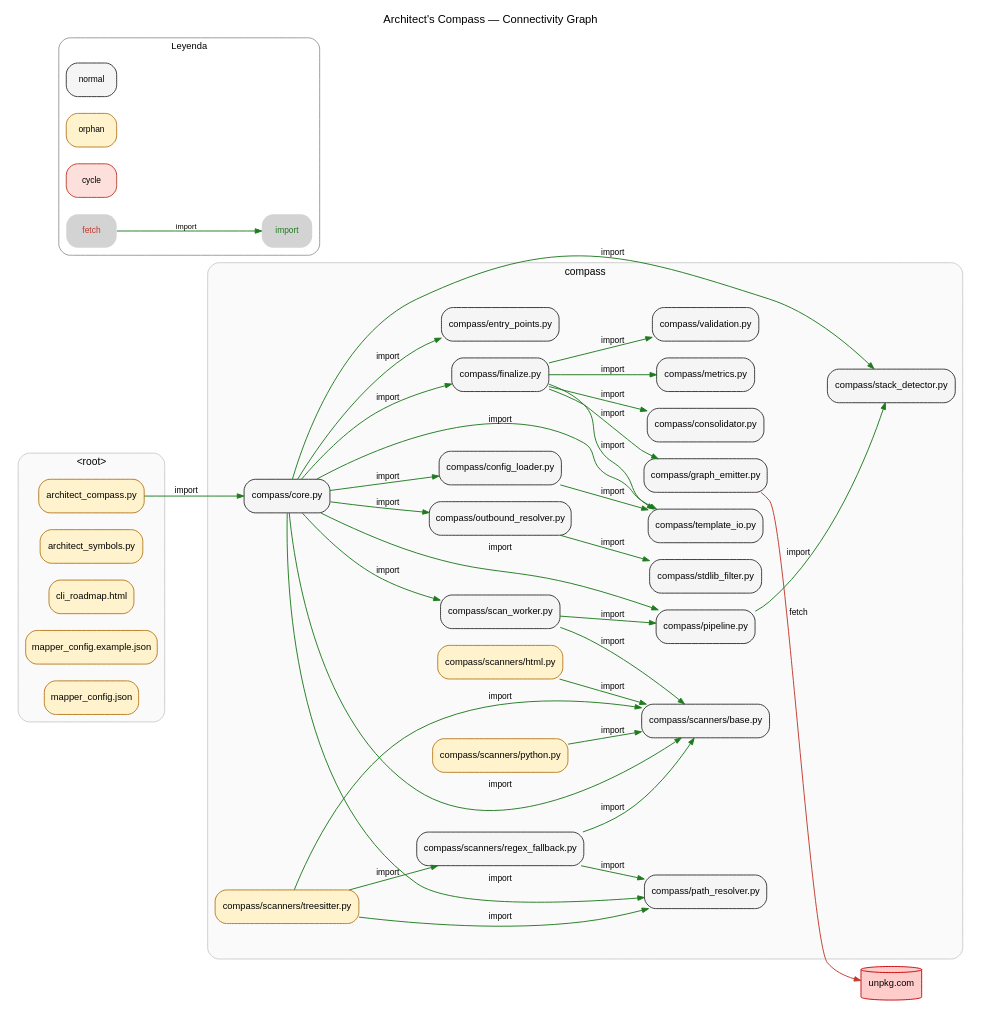
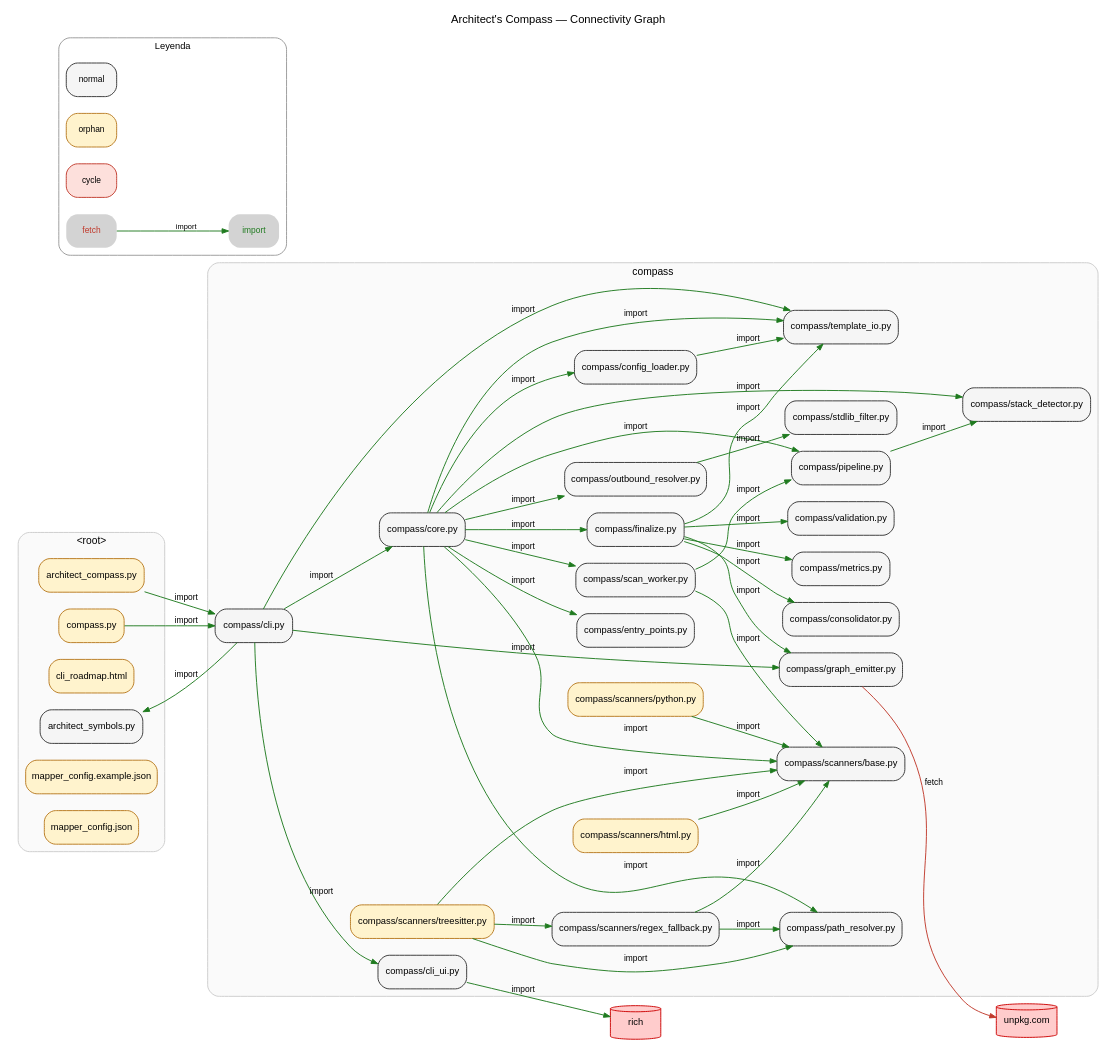
Before and after one commit to betovildoza/Architect_compass: the diagram in .map/connectivity.dot, drawn with Graphviz. The commit also changed 13 other files, not shown here.

Commit message:
sesion 12 - CLI-015 + _HelpfulParser - argparse + rich con 4 subcomandos (scan/symbols/init/graph) + flags globales + flags de scan (--full/--no-*) + wrappers legacy intactos + atlas byte-identico + compass.bat simplificado + subclase ArgumentParser que muestra --help ante uso invalido

```diff
--- a/.map/connectivity.dot
+++ b/.map/connectivity.dot
@@ -1,85 +1,96 @@
 digraph G {
     rankdir=LR;
     concentrate=false; compound=true;
     graph [fontname="Arial", fontsize=12, labelloc="t", label="Architect's Compass — Connectivity Graph"];
     node [style="rounded,filled", fontname="Arial", fontsize=10];
     edge [arrowsize=0.7];
     subgraph "cluster_<root>" {
         label="<root>";
         style="rounded,filled";
         fillcolor="#fafafa"; color="#cccccc";
         fontname="Arial"; fontsize=11;
         "architect_compass.py" [shape=box, fillcolor="#fff3cd", color="#b7791f"];
-        "architect_symbols.py" [shape=box, fillcolor="#fff3cd", color="#b7791f"];
+        "architect_symbols.py" [shape=box, fillcolor="#f5f5f5", color="#333333"];
         "cli_roadmap.html" [shape=box, fillcolor="#fff3cd", color="#b7791f"];
+        "compass.py" [shape=box, fillcolor="#fff3cd", color="#b7791f"];
         "mapper_config.example.json" [shape=box, fillcolor="#fff3cd", color="#b7791f"];
         "mapper_config.json" [shape=box, fillcolor="#fff3cd", color="#b7791f"];
     }
     subgraph "cluster_compass" {
         label="compass";
         style="rounded,filled";
         fillcolor="#fafafa"; color="#cccccc";
         fontname="Arial"; fontsize=11;
+        "compass/cli.py" [shape=box, fillcolor="#f5f5f5", color="#333333"];
+        "compass/cli_ui.py" [shape=box, fillcolor="#f5f5f5", color="#333333"];
         "compass/config_loader.py" [shape=box, fillcolor="#f5f5f5", color="#333333"];
         "compass/consolidator.py" [shape=box, fillcolor="#f5f5f5", color="#333333"];
         "compass/core.py" [shape=box, fillcolor="#f5f5f5", color="#333333"];
         "compass/entry_points.py" [shape=box, fillcolor="#f5f5f5", color="#333333"];
         "compass/finalize.py" [shape=box, fillcolor="#f5f5f5", color="#333333"];
         "compass/graph_emitter.py" [shape=box, fillcolor="#f5f5f5", color="#333333"];
         "compass/metrics.py" [shape=box, fillcolor="#f5f5f5", color="#333333"];
         "compass/outbound_resolver.py" [shape=box, fillcolor="#f5f5f5", color="#333333"];
         "compass/path_resolver.py" [shape=box, fillcolor="#f5f5f5", color="#333333"];
         "compass/pipeline.py" [shape=box, fillcolor="#f5f5f5", color="#333333"];
         "compass/scan_worker.py" [shape=box, fillcolor="#f5f5f5", color="#333333"];
         "compass/scanners/base.py" [shape=box, fillcolor="#f5f5f5", color="#333333"];
         "compass/scanners/html.py" [shape=box, fillcolor="#fff3cd", color="#b7791f"];
         "compass/scanners/python.py" [shape=box, fillcolor="#fff3cd", color="#b7791f"];
         "compass/scanners/regex_fallback.py" [shape=box, fillcolor="#f5f5f5", color="#333333"];
         "compass/scanners/treesitter.py" [shape=box, fillcolor="#fff3cd", color="#b7791f"];
         "compass/stack_detector.py" [shape=box, fillcolor="#f5f5f5", color="#333333"];
         "compass/stdlib_filter.py" [shape=box, fillcolor="#f5f5f5", color="#333333"];
         "compass/template_io.py" [shape=box, fillcolor="#f5f5f5", color="#333333"];
         "compass/validation.py" [shape=box, fillcolor="#f5f5f5", color="#333333"];
     }
+    "[EXTERNAL:rich]" [label="rich", shape=cylinder, style=filled, fillcolor="#ffcccc", color="#cc0000", fontname="Arial"];
     "[EXTERNAL:unpkg.com]" [label="unpkg.com", shape=cylinder, style=filled, fillcolor="#ffcccc", color="#cc0000", fontname="Arial"];
-    "architect_compass.py" -> "compass/core.py" [label="import", color="#1f7a1f", fontname="Arial", fontsize=9];
+    "architect_compass.py" -> "compass/cli.py" [label="import", color="#1f7a1f", fontname="Arial", fontsize=9];
+    "compass.py" -> "compass/cli.py" [label="import", color="#1f7a1f", fontname="Arial", fontsize=9];
+    "compass/cli.py" -> "architect_symbols.py" [label="import", color="#1f7a1f", fontname="Arial", fontsize=9];
+    "compass/cli.py" -> "compass/cli_ui.py" [label="import", color="#1f7a1f", fontname="Arial", fontsize=9];
+    "compass/cli.py" -> "compass/core.py" [label="import", color="#1f7a1f", fontname="Arial", fontsize=9];
+    "compass/cli.py" -> "compass/graph_emitter.py" [label="import", color="#1f7a1f", fontname="Arial", fontsize=9];
+    "compass/cli.py" -> "compass/template_io.py" [label="import", color="#1f7a1f", fontname="Arial", fontsize=9];
+    "compass/cli_ui.py" -> "[EXTERNAL:rich]" [label="import", color="#1f7a1f", fontname="Arial", fontsize=9];
     "compass/config_loader.py" -> "compass/template_io.py" [label="import", color="#1f7a1f", fontname="Arial", fontsize=9];
     "compass/core.py" -> "compass/config_loader.py" [label="import", color="#1f7a1f", fontname="Arial", fontsize=9];
     "compass/core.py" -> "compass/entry_points.py" [label="import", color="#1f7a1f", fontname="Arial", fontsize=9];
     "compass/core.py" -> "compass/finalize.py" [label="import", color="#1f7a1f", fontname="Arial", fontsize=9];
     "compass/core.py" -> "compass/outbound_resolver.py" [label="import", color="#1f7a1f", fontname="Arial", fontsize=9];
     "compass/core.py" -> "compass/path_resolver.py" [label="import", color="#1f7a1f", fontname="Arial", fontsize=9];
     "compass/core.py" -> "compass/pipeline.py" [label="import", color="#1f7a1f", fontname="Arial", fontsize=9];
     "compass/core.py" -> "compass/scan_worker.py" [label="import", color="#1f7a1f", fontname="Arial", fontsize=9];
     "compass/core.py" -> "compass/scanners/base.py" [label="import", color="#1f7a1f", fontname="Arial", fontsize=9];
     "compass/core.py" -> "compass/stack_detector.py" [label="import", color="#1f7a1f", fontname="Arial", fontsize=9];
     "compass/core.py" -> "compass/template_io.py" [label="import", color="#1f7a1f", fontname="Arial", fontsize=9];
     "compass/finalize.py" -> "compass/consolidator.py" [label="import", color="#1f7a1f", fontname="Arial", fontsize=9];
     "compass/finalize.py" -> "compass/graph_emitter.py" [label="import", color="#1f7a1f", fontname="Arial", fontsize=9];
     "compass/finalize.py" -> "compass/metrics.py" [label="import", color="#1f7a1f", fontname="Arial", fontsize=9];
     "compass/finalize.py" -> "compass/template_io.py" [label="import", color="#1f7a1f", fontname="Arial", fontsize=9];
     "compass/finalize.py" -> "compass/validation.py" [label="import", color="#1f7a1f", fontname="Arial", fontsize=9];
     "compass/graph_emitter.py" -> "[EXTERNAL:unpkg.com]" [label="fetch", color="#c0392b", fontname="Arial", fontsize=9];
     "compass/outbound_resolver.py" -> "compass/stdlib_filter.py" [label="import", color="#1f7a1f", fontname="Arial", fontsize=9];
     "compass/pipeline.py" -> "compass/stack_detector.py" [label="import", color="#1f7a1f", fontname="Arial", fontsize=9];
     "compass/scan_worker.py" -> "compass/pipeline.py" [label="import", color="#1f7a1f", fontname="Arial", fontsize=9];
     "compass/scan_worker.py" -> "compass/scanners/base.py" [label="import", color="#1f7a1f", fontname="Arial", fontsize=9];
     "compass/scanners/html.py" -> "compass/scanners/base.py" [label="import", color="#1f7a1f", fontname="Arial", fontsize=9];
     "compass/scanners/python.py" -> "compass/scanners/base.py" [label="import", color="#1f7a1f", fontname="Arial", fontsize=9];
     "compass/scanners/regex_fallback.py" -> "compass/path_resolver.py" [label="import", color="#1f7a1f", fontname="Arial", fontsize=9];
     "compass/scanners/regex_fallback.py" -> "compass/scanners/base.py" [label="import", color="#1f7a1f", fontname="Arial", fontsize=9];
     "compass/scanners/treesitter.py" -> "compass/path_resolver.py" [label="import", color="#1f7a1f", fontname="Arial", fontsize=9];
     "compass/scanners/treesitter.py" -> "compass/scanners/base.py" [label="import", color="#1f7a1f", fontname="Arial", fontsize=9];
     "compass/scanners/treesitter.py" -> "compass/scanners/regex_fallback.py" [label="import", color="#1f7a1f", fontname="Arial", fontsize=9];
     subgraph "cluster_legend" {
         label="Leyenda"; style="rounded,filled";
         fillcolor="#ffffff"; color="#999999";
         fontname="Arial"; fontsize=10; rank=sink;
         "_legend_node_normal" [label="normal", fillcolor="#f5f5f5", color="#333333", shape=box, style="rounded,filled", fontname="Arial", fontsize=9];
         "_legend_node_orphan" [label="orphan", fillcolor="#fff3cd", color="#b7791f", shape=box, style="rounded,filled", fontname="Arial", fontsize=9];
         "_legend_node_cycle" [label="cycle", fillcolor="#fde0dc", color="#c0392b", shape=box, style="rounded,filled", fontname="Arial", fontsize=9];
         "_legend_edge_fetch" [label="fetch", shape=plaintext, fontname="Arial", fontsize=9, fontcolor="#c0392b"];
         "_legend_edge_import" [label="import", shape=plaintext, fontname="Arial", fontsize=9, fontcolor="#1f7a1f"];
         "_legend_edge_fetch" -> "_legend_edge_import" [color="#1f7a1f", label="import", fontname="Arial", fontsize=8];
     }
 }
```
